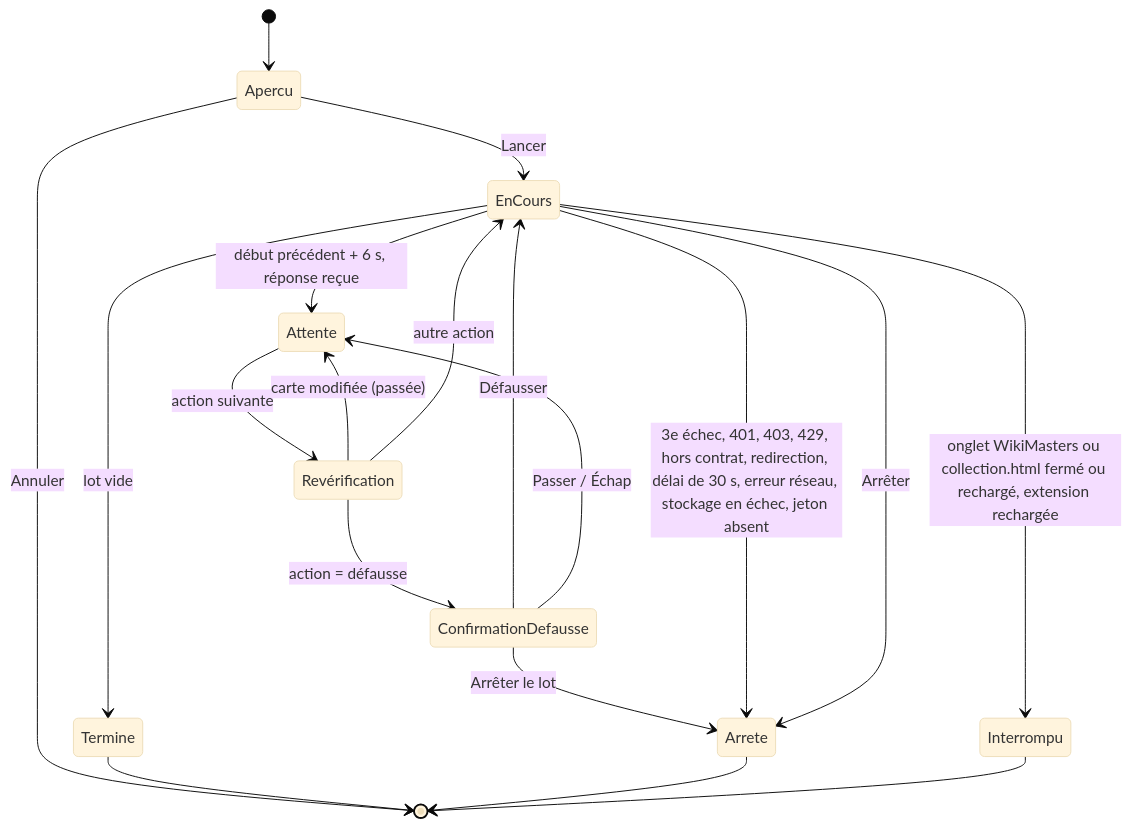
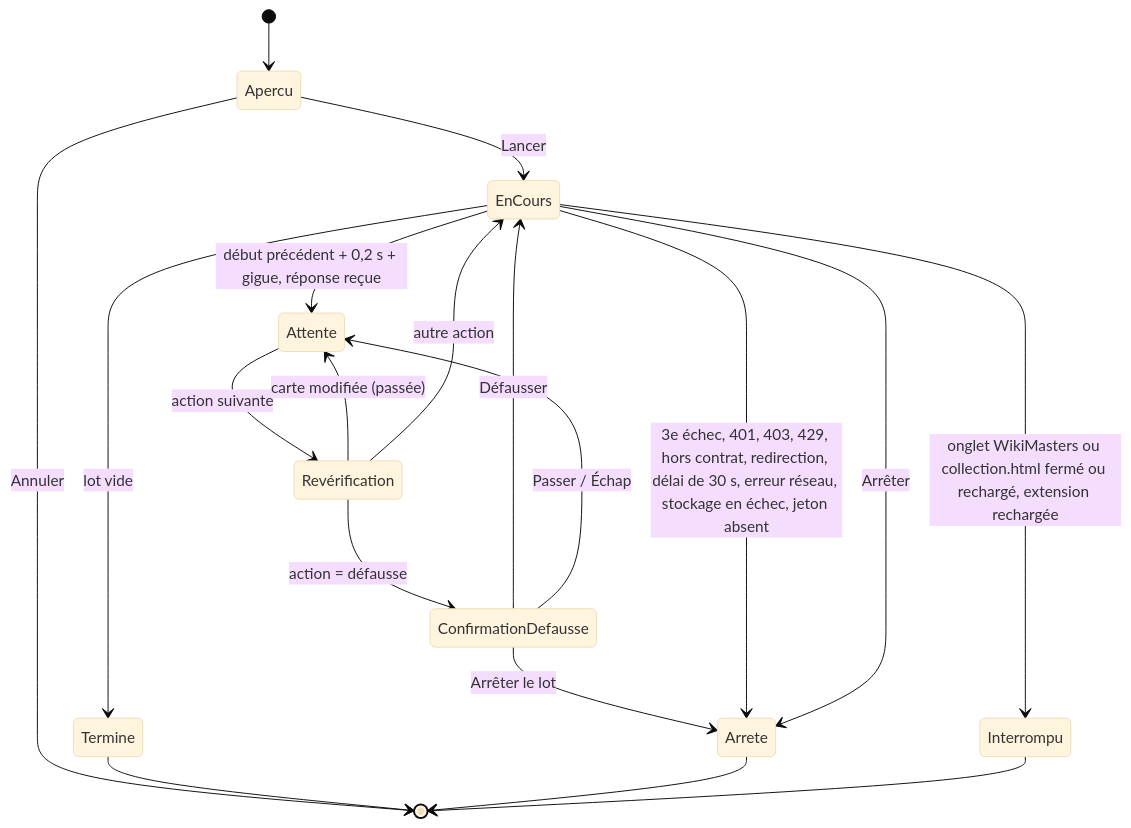
The second of 2 diagrams in specs/synchro-complete/spec.refined.md (BallenghienAlexis/wikimasters-extension), drawn with Mermaid (base theme) before and after one commit. The commit also changed other lines of this file and 13 other files, not shown here.

````diff
--- a/specs/synchro-complete/spec.refined.md
+++ b/specs/synchro-complete/spec.refined.md
@@ -215,21 +215,21 @@
 ```mermaid
 stateDiagram-v2
   [*] --> Apercu
   Apercu --> EnCours : Lancer
   Apercu --> [*] : Annuler
-  EnCours --> Attente : début précédent + 6 s, réponse reçue
+  EnCours --> Attente : début précédent + 0,2 s + gigue, réponse reçue
   Attente --> Revérification : action suivante
   Revérification --> Attente : carte modifiée (passée)
   Revérification --> ConfirmationDefausse : action = défausse
   Revérification --> EnCours : autre action
   ConfirmationDefausse --> EnCours : Défausser
   ConfirmationDefausse --> Attente : Passer / Échap
   ConfirmationDefausse --> Arrete : Arrêter le lot
   EnCours --> Termine : lot vide
   EnCours --> Arrete : 3e échec, 401, 403, 429, hors contrat, redirection, délai de 30 s, erreur réseau, stockage en échec, jeton absent
   EnCours --> Arrete : Arrêter
   EnCours --> Interrompu : onglet WikiMasters ou collection.html fermé ou rechargé, extension rechargée
   Termine --> [*]
   Arrete --> [*]
   Interrompu --> [*]
 ```
````
